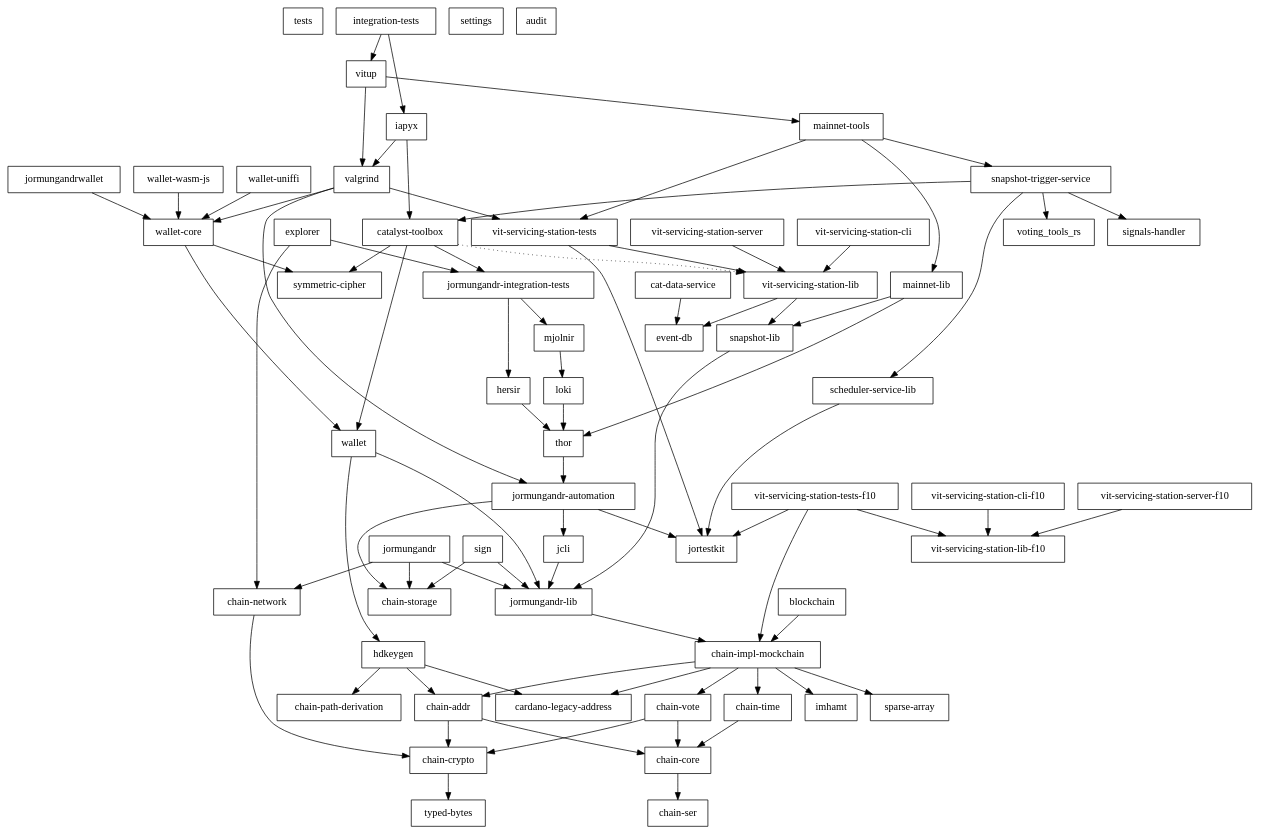
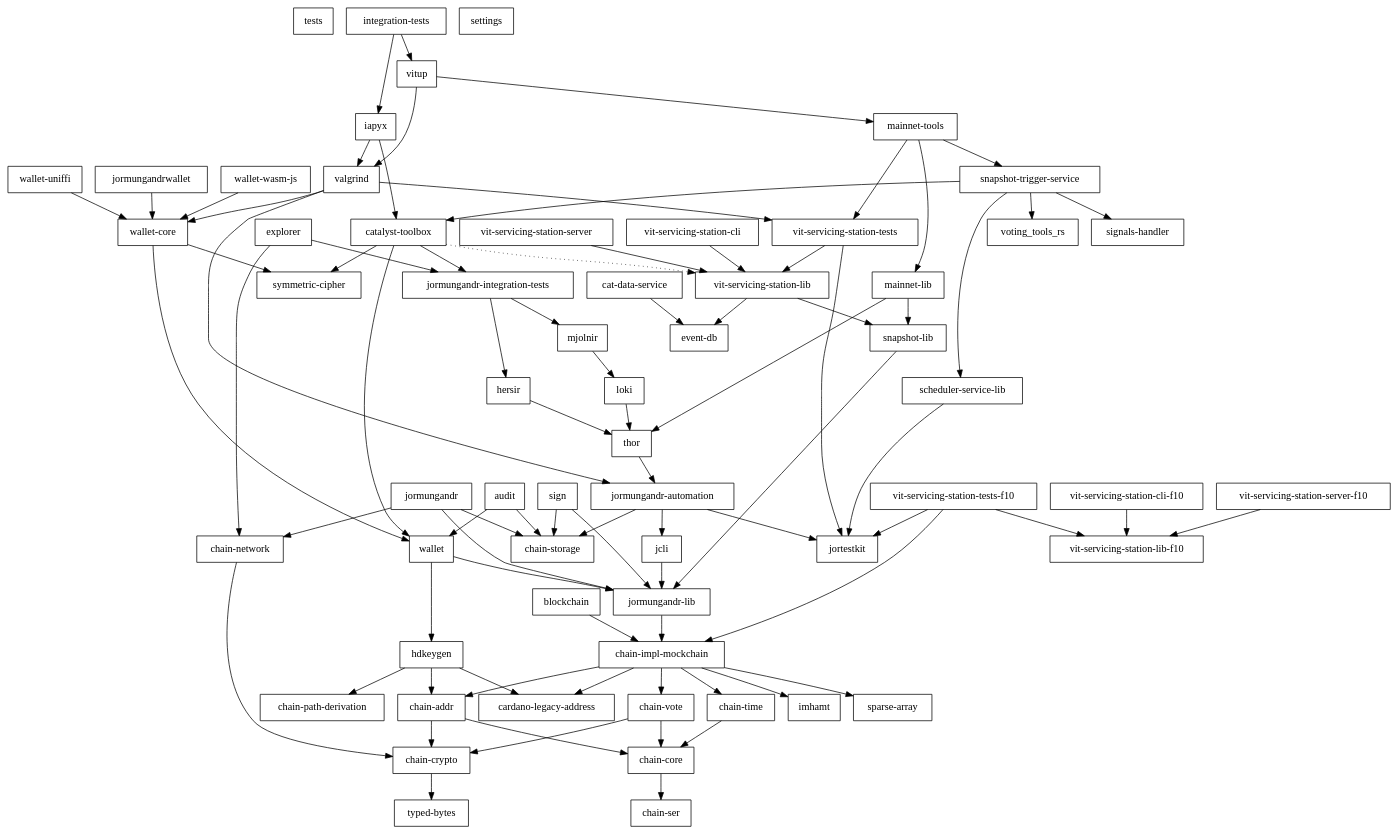
Before and after one commit to input-output-hk/catalyst-core: the diagram in ci-fixes-revert/06_rust_api/rust/doc/workspace.depgraph.dot, drawn with Graphviz. The commit also changed 242 other files, not shown here.

```diff
--- a/ci-fixes-revert/06_rust_api/rust/doc/workspace.depgraph.dot
+++ b/ci-fixes-revert/06_rust_api/rust/doc/workspace.depgraph.dot
@@ -1,140 +1,142 @@
 digraph {
     0 [ label = "tests" shape = box]
     1 [ label = "catalyst-toolbox" shape = box]
     2 [ label = "chain-addr" shape = box]
     3 [ label = "chain-core" shape = box]
     4 [ label = "chain-ser" shape = box]
     5 [ label = "chain-crypto" shape = box]
     6 [ label = "typed-bytes" shape = box]
     7 [ label = "chain-impl-mockchain" shape = box]
     8 [ label = "cardano-legacy-address" shape = box]
     9 [ label = "chain-time" shape = box]
     10 [ label = "chain-vote" shape = box]
     11 [ label = "imhamt" shape = box]
     12 [ label = "sparse-array" shape = box]
     13 [ label = "chain-storage" shape = box]
     14 [ label = "jcli" shape = box]
     15 [ label = "jormungandr-lib" shape = box]
     16 [ label = "jormungandr-automation" shape = box]
     17 [ label = "jortestkit" shape = box]
     18 [ label = "jormungandr-integration-tests" shape = box]
     19 [ label = "hersir" shape = box]
     20 [ label = "thor" shape = box]
     21 [ label = "loki" shape = box]
     22 [ label = "mjolnir" shape = box]
     23 [ label = "snapshot-lib" shape = box]
     24 [ label = "symmetric-cipher" shape = box]
     25 [ label = "vit-servicing-station-lib" shape = box]
     26 [ label = "event-db" shape = box]
     27 [ label = "vit-servicing-station-tests" shape = box]
     28 [ label = "wallet" shape = box]
     29 [ label = "chain-path-derivation" shape = box]
     30 [ label = "hdkeygen" shape = box]
     31 [ label = "chain-network" shape = box]
     32 [ label = "jormungandrwallet" shape = box]
     33 [ label = "wallet-core" shape = box]
     34 [ label = "wallet-wasm-js" shape = box]
     35 [ label = "wallet-uniffi" shape = box]
     36 [ label = "jormungandr" shape = box]
     37 [ label = "explorer" shape = box]
     38 [ label = "settings" shape = box]
     39 [ label = "blockchain" shape = box]
     40 [ label = "vit-servicing-station-cli" shape = box]
     41 [ label = "vit-servicing-station-server" shape = box]
     42 [ label = "iapyx" shape = box]
     43 [ label = "valgrind" shape = box]
     44 [ label = "vitup" shape = box]
     45 [ label = "mainnet-lib" shape = box]
     46 [ label = "mainnet-tools" shape = box]
     47 [ label = "scheduler-service-lib" shape = box]
     48 [ label = "signals-handler" shape = box]
     49 [ label = "snapshot-trigger-service" shape = box]
     50 [ label = "voting_tools_rs" shape = box]
     51 [ label = "integration-tests" shape = box]
     52 [ label = "cat-data-service" shape = box]
     53 [ label = "audit" shape = box]
     54 [ label = "vit-servicing-station-cli-f10" shape = box]
     55 [ label = "vit-servicing-station-lib-f10" shape = box]
     56 [ label = "vit-servicing-station-server-f10" shape = box]
     57 [ label = "vit-servicing-station-tests-f10" shape = box]
     58 [ label = "sign" shape = box]
     1 -> 18 [ ]
     1 -> 24 [ ]
     1 -> 25 [ style = dotted]
     1 -> 28 [ ]
     2 -> 3 [ ]
     2 -> 5 [ ]
     3 -> 4 [ ]
     5 -> 6 [ ]
     7 -> 8 [ ]
     7 -> 2 [ ]
     7 -> 9 [ ]
     7 -> 10 [ ]
     7 -> 11 [ ]
     7 -> 12 [ ]
     9 -> 3 [ ]
     10 -> 3 [ ]
     10 -> 5 [ ]
     14 -> 15 [ ]
     15 -> 7 [ ]
     16 -> 13 [ ]
     16 -> 14 [ ]
     16 -> 17 [ ]
     18 -> 19 [ ]
     18 -> 22 [ ]
     19 -> 20 [ ]
     20 -> 16 [ ]
     21 -> 20 [ ]
     22 -> 21 [ ]
     23 -> 15 [ ]
     25 -> 26 [ ]
     25 -> 23 [ ]
     27 -> 17 [ ]
     27 -> 25 [ ]
     28 -> 30 [ ]
     28 -> 15 [ ]
     30 -> 8 [ ]
     30 -> 2 [ ]
     30 -> 29 [ ]
     31 -> 5 [ ]
     32 -> 33 [ ]
     33 -> 24 [ ]
     33 -> 28 [ ]
     34 -> 33 [ ]
     35 -> 33 [ ]
     36 -> 31 [ ]
     36 -> 13 [ ]
     36 -> 15 [ ]
     37 -> 31 [ ]
     37 -> 18 [ ]
     39 -> 7 [ ]
     40 -> 25 [ ]
     41 -> 25 [ ]
     42 -> 1 [ ]
     42 -> 43 [ ]
     43 -> 16 [ ]
     43 -> 27 [ ]
     43 -> 33 [ ]
     44 -> 46 [ ]
     44 -> 43 [ ]
     45 -> 23 [ ]
     45 -> 20 [ ]
     46 -> 45 [ ]
     46 -> 49 [ ]
     46 -> 27 [ ]
     47 -> 17 [ ]
     49 -> 1 [ ]
     49 -> 47 [ ]
     49 -> 48 [ ]
     49 -> 50 [ ]
     51 -> 42 [ ]
     51 -> 44 [ ]
     52 -> 26 [ ]
+    53 -> 13 [ ]
+    53 -> 28 [ ]
     54 -> 55 [ ]
     56 -> 55 [ ]
     57 -> 7 [ ]
     57 -> 17 [ ]
     57 -> 55 [ ]
     58 -> 13 [ ]
     58 -> 15 [ ]
 }
```
